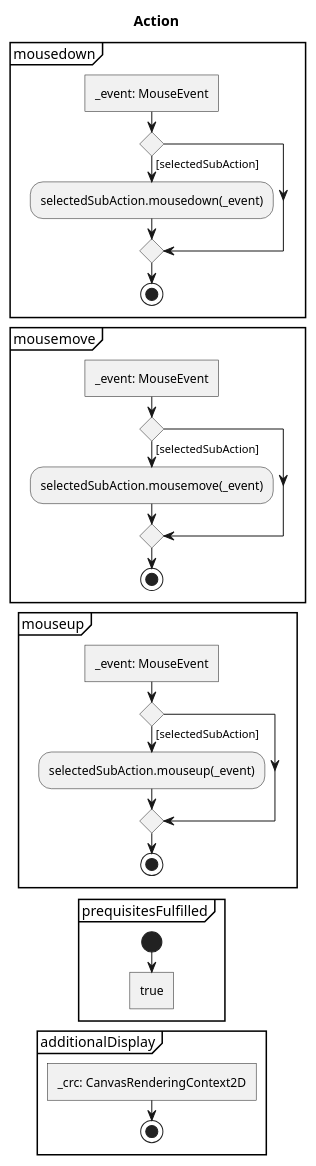
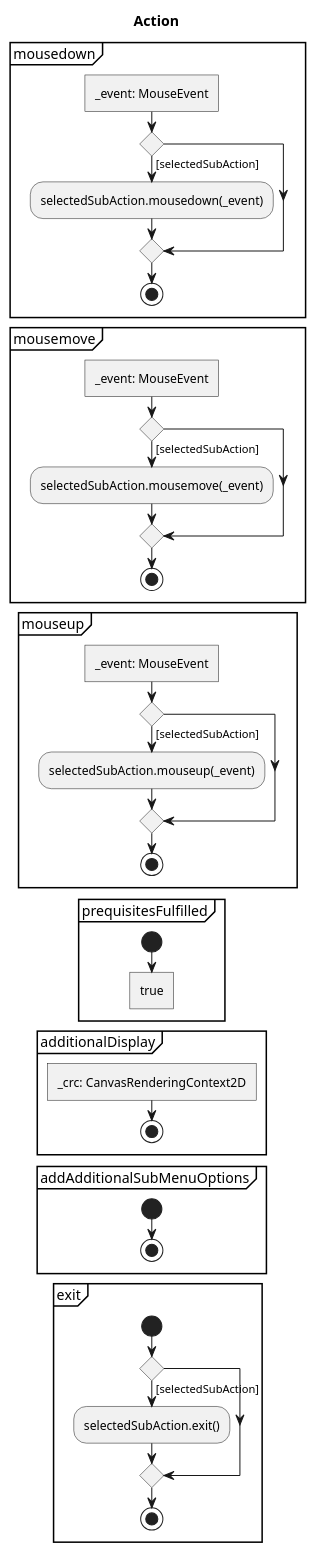
One commit to JirkaDellOro/FUDGE changed the diagram in Experiments/Lukas/VectorEditor/concept/Activities/Actions/Action.puml. Above: the diagram before and after it, drawn with PlantUML. The commit also changed 13 other files, not shown here.

```diff
--- a/Experiments/Lukas/VectorEditor/concept/Activities/Actions/Action.puml
+++ b/Experiments/Lukas/VectorEditor/concept/Activities/Actions/Action.puml
@@ -1,41 +1,54 @@
 @startuml Action
 skinparam monochrome true
 
 title Action
 
 partition mousedown {
 	:_event: MouseEvent]
 	if() then ([selectedSubAction])
 		:selectedSubAction.mousedown(_event);
 	endif
 	stop
 }
 
 partition mousemove {
 	:_event: MouseEvent]
 	if() then ([selectedSubAction])
 		:selectedSubAction.mousemove(_event);
 	endif
 	stop
 }
 
 partition mouseup {
 	:_event: MouseEvent]
 	if() then ([selectedSubAction])
 		:selectedSubAction.mouseup(_event);
 	endif
 	stop
 }
 
 partition prequisitesFulfilled {
 	start
 	:true]
 	detach
 }
 
 partition additionalDisplay {
 	:_crc: CanvasRenderingContext2D]
 	stop
 }
 
+partition addAdditionalSubMenuOptions {
+	start
+	stop
+}
+
+partition exit {
+	start
+	if() then ([selectedSubAction])
+		:selectedSubAction.exit();
+	endif
+	stop
+}
+
 @enduml
```
